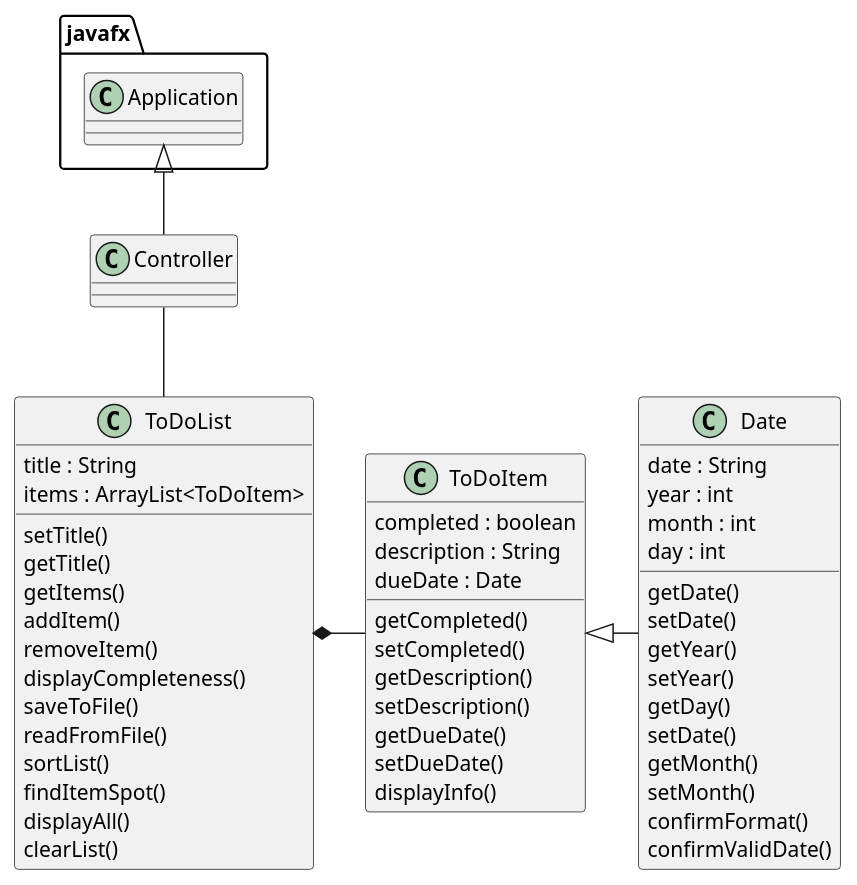
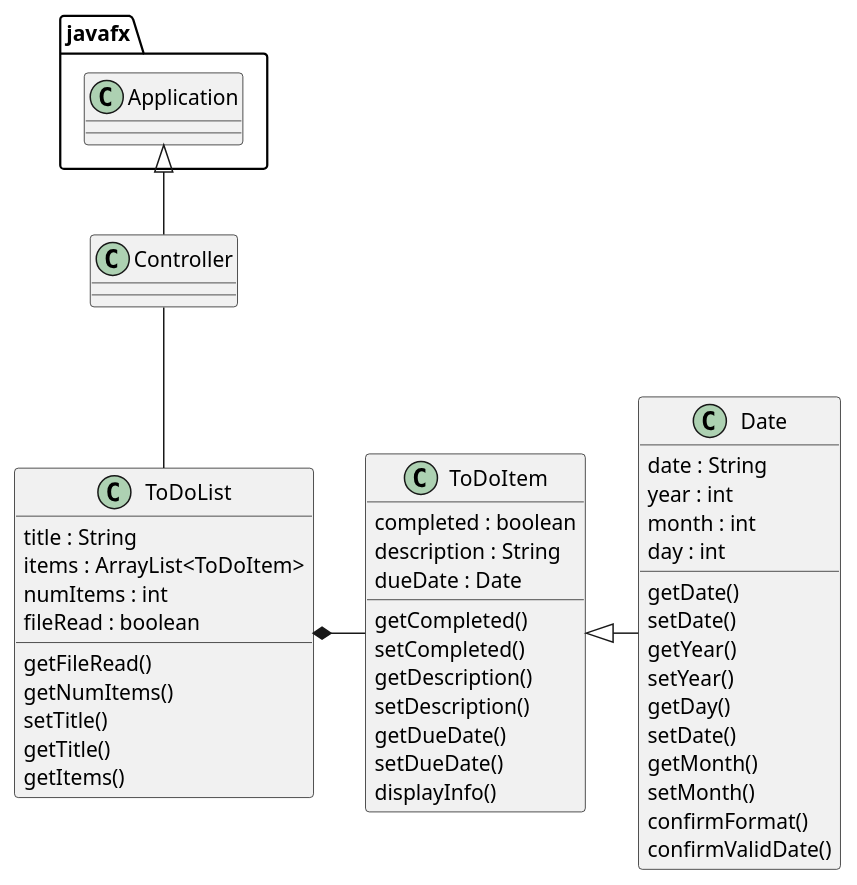
One commit to ehraiford/raiford-cop3330-assignment4part2 changed the diagram in uml/ToDoListManager.puml. Above: the diagram before and after it, drawn with PlantUML. The commit also changed 3 other files, not shown here.

```diff
--- a/uml/ToDoListManager.puml
+++ b/uml/ToDoListManager.puml
@@ -1,61 +1,58 @@
 @startuml
 'https://plantuml.com/class-diagram
 ToDoList*-ToDoItem
 javafx.Application<|-- Controller
 Controller-- ToDoList
 ToDoItem<|- Date
 class Controller{
 
 }
 
 class ToDoList{
     title : String
     items : ArrayList<ToDoItem>
+    numItems : int
+    fileRead : boolean
 
+    getFileRead()
+    getNumItems()
     setTitle()
     getTitle()
     getItems()
-    addItem()
-    removeItem()
-    displayCompleteness()
-    saveToFile()
-    readFromFile()
-    sortList()
-    findItemSpot()
-    displayAll()
-    clearList()
+
+
 }
 
 class ToDoItem{
     completed : boolean
     description : String
     dueDate : Date
 
     getCompleted()
     setCompleted()
     getDescription()
     setDescription()
     getDueDate()
     setDueDate()
     displayInfo()
 
 }
 
 class Date{
     date : String
     year : int
     month : int
     day : int
 
     getDate()
     setDate()
     getYear()
     setYear()
     getDay()
     setDate()
     getMonth()
     setMonth()
     confirmFormat()
     confirmValidDate()
 }
 @enduml
```
